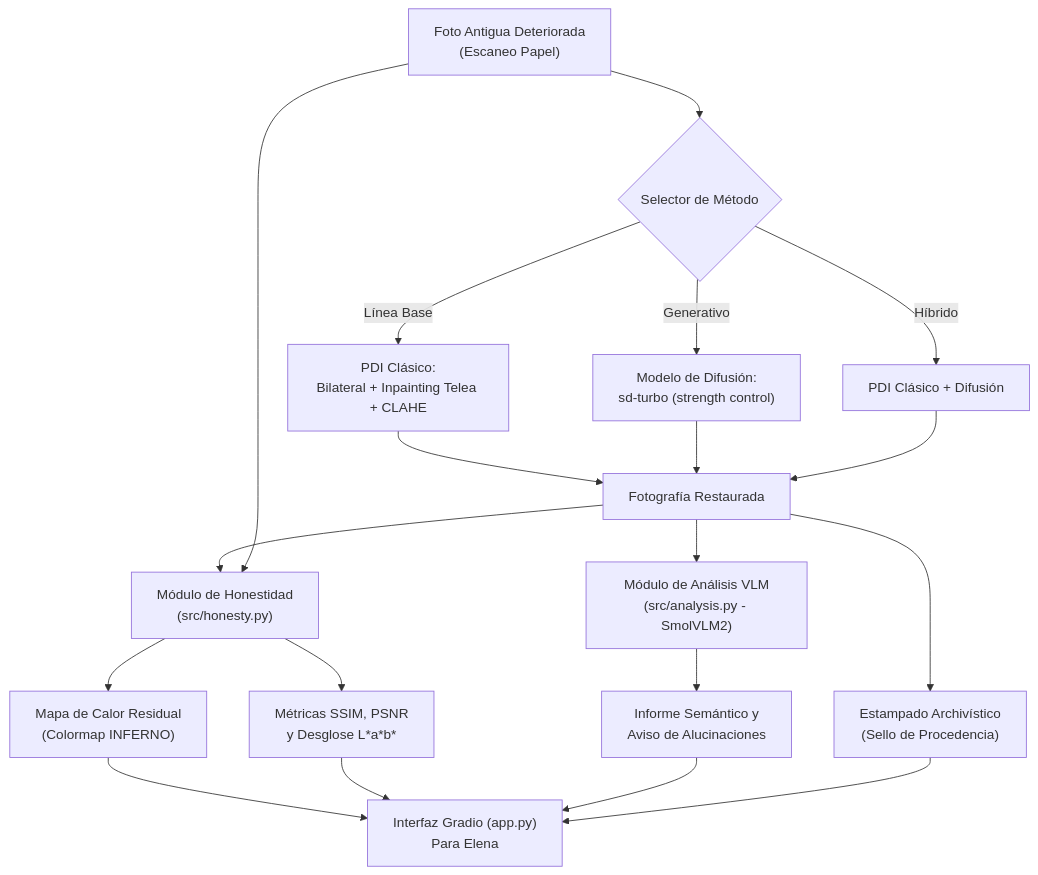
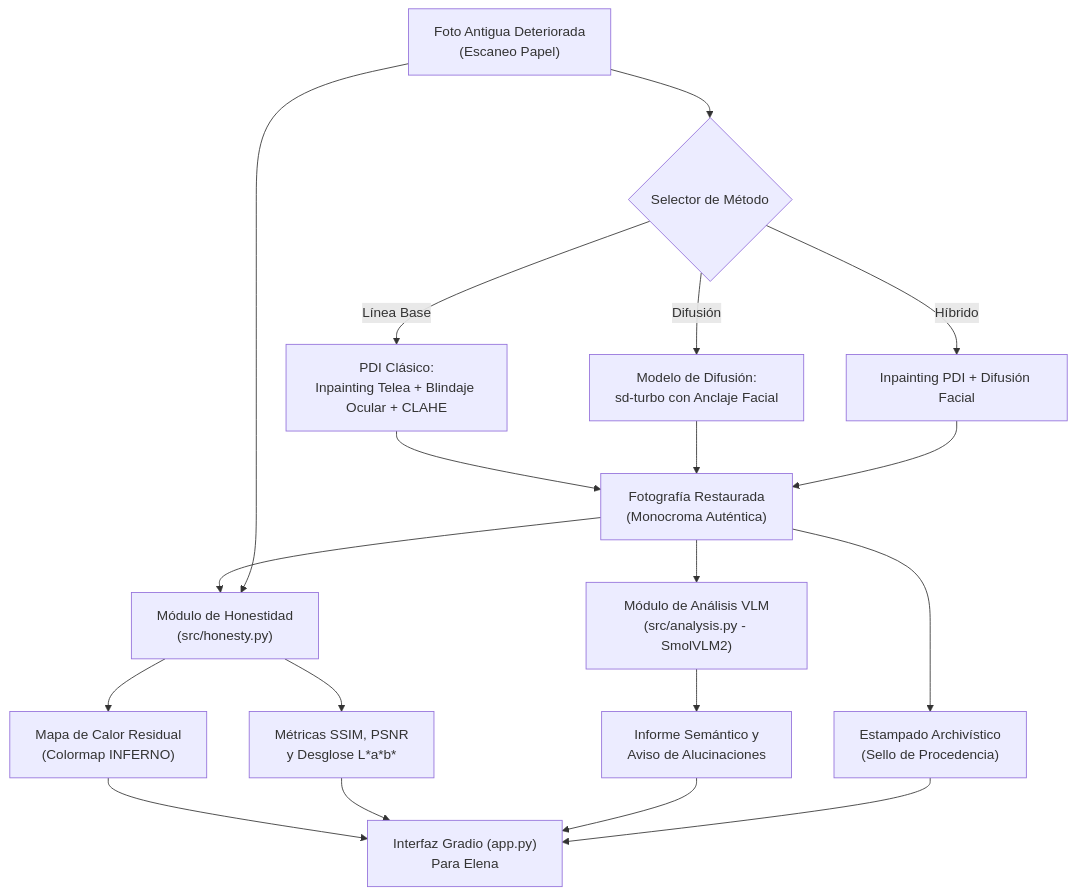
The diagram in README.md (ger207/Restauracion-de-imagenes-proyecto-final), drawn with Mermaid before and after one commit. The commit also changed other lines of this file and 6 other files, not shown here.

````diff
--- a/README.md
+++ b/README.md
@@ -111,27 +110,27 @@
 ```mermaid
 flowchart TD
     A["Foto Antigua Deteriorada\n(Escaneo Papel)"] --> B{"Selector de Método"}
     
-    B -->|"Línea Base"| C["PDI Clásico:\nBilateral + Inpainting Telea + CLAHE"]
-    B -->|"Generativo"| D["Modelo de Difusión:\nsd-turbo (strength control)"]
-    B -->|"Híbrido"| E["PDI Clásico + Difusión"]
+    B -->|"Línea Base"| C["PDI Clásico:\nInpainting Telea + Blindaje Ocular + CLAHE"]
+    B -->|"Difusión"| D["Modelo de Difusión:\nsd-turbo con Anclaje Facial"]
+    B -->|"Híbrido"| E["Inpainting PDI + Difusión Facial"]
     
-    C --> F["Fotografía Restaurada"]
+    C --> F["Fotografía Restaurada\n(Monocroma Auténtica)"]
     D --> F
     E --> F
     
     F --> G["Módulo de Honestidad\n(src/honesty.py)"]
     A --> G
     G --> H["Mapa de Calor Residual\n(Colormap INFERNO)"]
     G --> I["Métricas SSIM, PSNR\ny Desglose L*a*b*"]
     
     F --> J["Módulo de Análisis VLM\n(src/analysis.py - SmolVLM2)"]
     J --> K["Informe Semántico y\nAviso de Alucinaciones"]
     
     F --> L["Estampado Archivístico\n(Sello de Procedencia)"]
     
     H --> M["Interfaz Gradio (app.py)\nPara Elena"]
     I --> M
     K --> M
     L --> M
 ```
````
